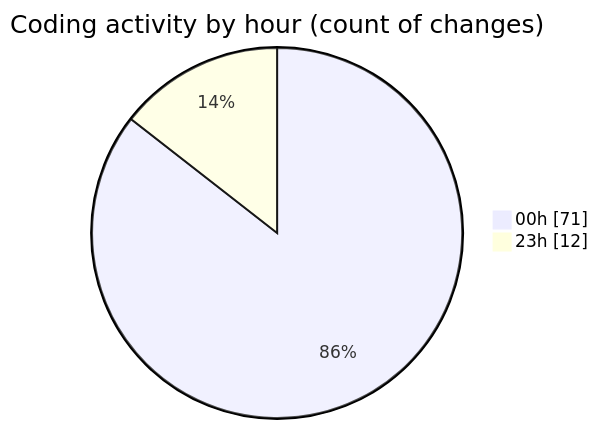
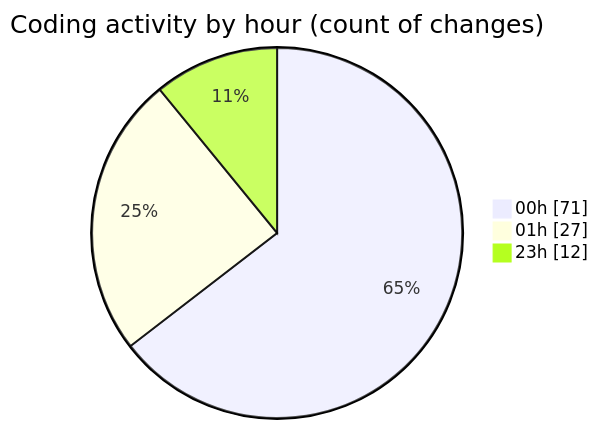
Before and after one commit to Ritupan-Deka/code-tracking: the second of 2 diagrams in 2025-07-17/mern-workoutboard/README.md, drawn with Mermaid. The commit also changed other lines of this file and 1 other file, not shown here.

````diff
--- a/2025-07-17/mern-workoutboard/README.md
+++ b/2025-07-17/mern-workoutboard/README.md
@@ -29,6 +29,7 @@
 ```mermaid
 pie showData
 title Coding activity by hour (count of changes)
 "00h" : 71
+"01h" : 27
 "23h" : 12
 ```
````
